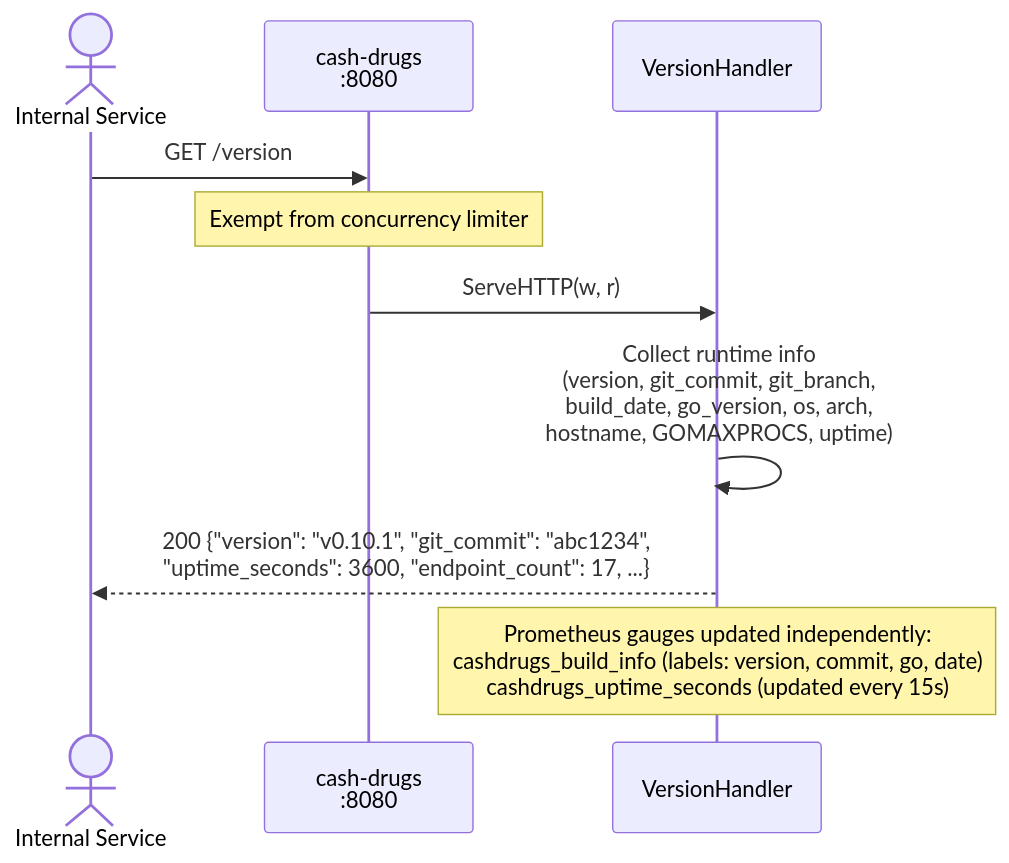
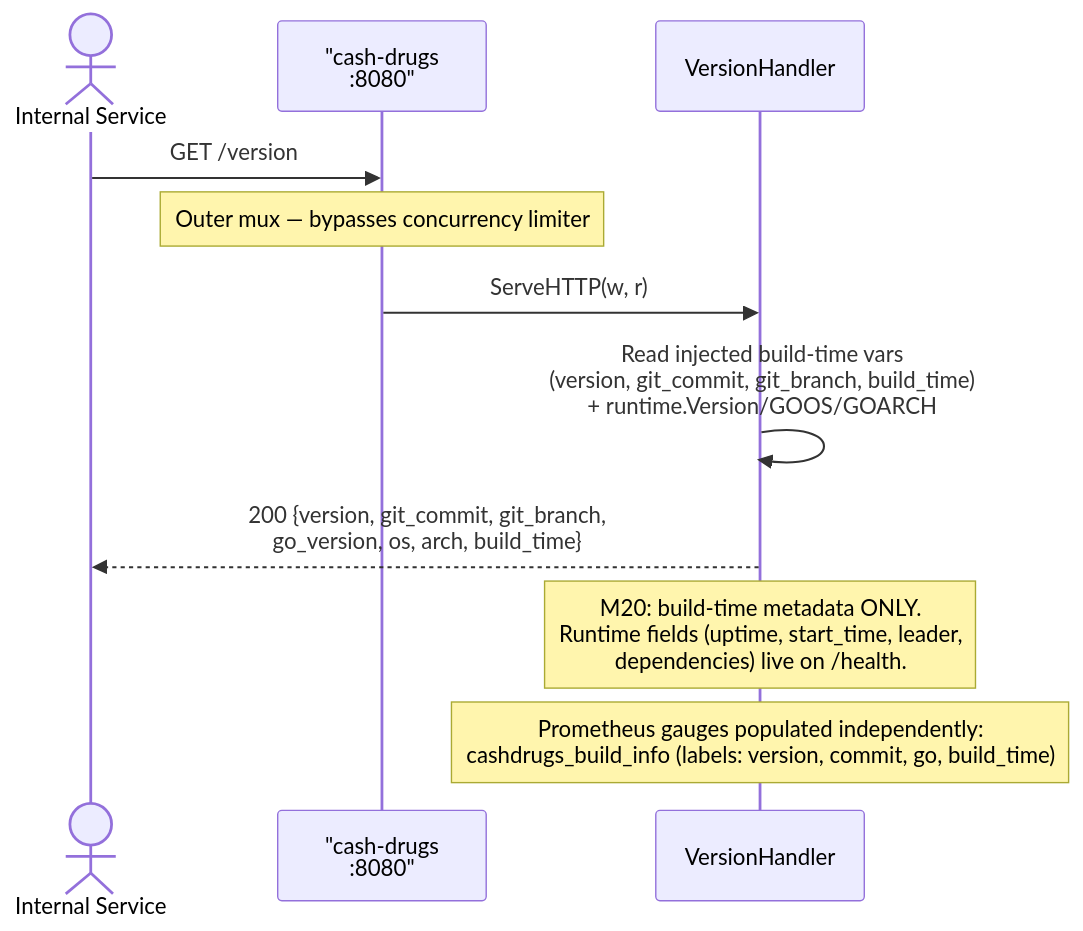
Before and after one commit to finish06/cash-drugs: diagram 13 of 31 in docs/sequence-diagram.md, drawn with Mermaid. The commit also changed other lines of this file and 8 other files, not shown here.

````diff
--- a/docs/sequence-diagram.md
+++ b/docs/sequence-diagram.md
@@ -502,14 +505,15 @@
 ```mermaid
 sequenceDiagram
     actor Client as Internal Service
-    participant GW as cash-drugs<br/>:8080
+    participant GW as "cash-drugs<br/>:8080"
     participant VH as VersionHandler
 
     Client->>GW: GET /version
-    Note over GW: Exempt from concurrency limiter
+    Note over GW: Outer mux — bypasses concurrency limiter
     GW->>VH: ServeHTTP(w, r)
-    VH->>VH: Collect runtime info<br/>(version, git_commit, git_branch,<br/>build_date, go_version, os, arch,<br/>hostname, GOMAXPROCS, uptime)
-    VH-->>Client: 200 {"version": "v0.10.1", "git_commit": "abc1234",<br/>"uptime_seconds": 3600, "endpoint_count": 17, ...}
+    VH->>VH: Read injected build-time vars<br/>(version, git_commit, git_branch, build_time)<br/>+ runtime.Version/GOOS/GOARCH
+    VH-->>Client: 200 {version, git_commit, git_branch,<br/>go_version, os, arch, build_time}
 
-    Note over VH: Prometheus gauges updated independently:<br/>cashdrugs_build_info (labels: version, commit, go, date)<br/>cashdrugs_uptime_seconds (updated every 15s)
+    Note over VH: M20: build-time metadata ONLY.<br/>Runtime fields (uptime, start_time, leader,<br/>dependencies) live on /health.
+    Note over VH: Prometheus gauges populated independently:<br/>cashdrugs_build_info (labels: version, commit, go, build_time)
 ```
````
